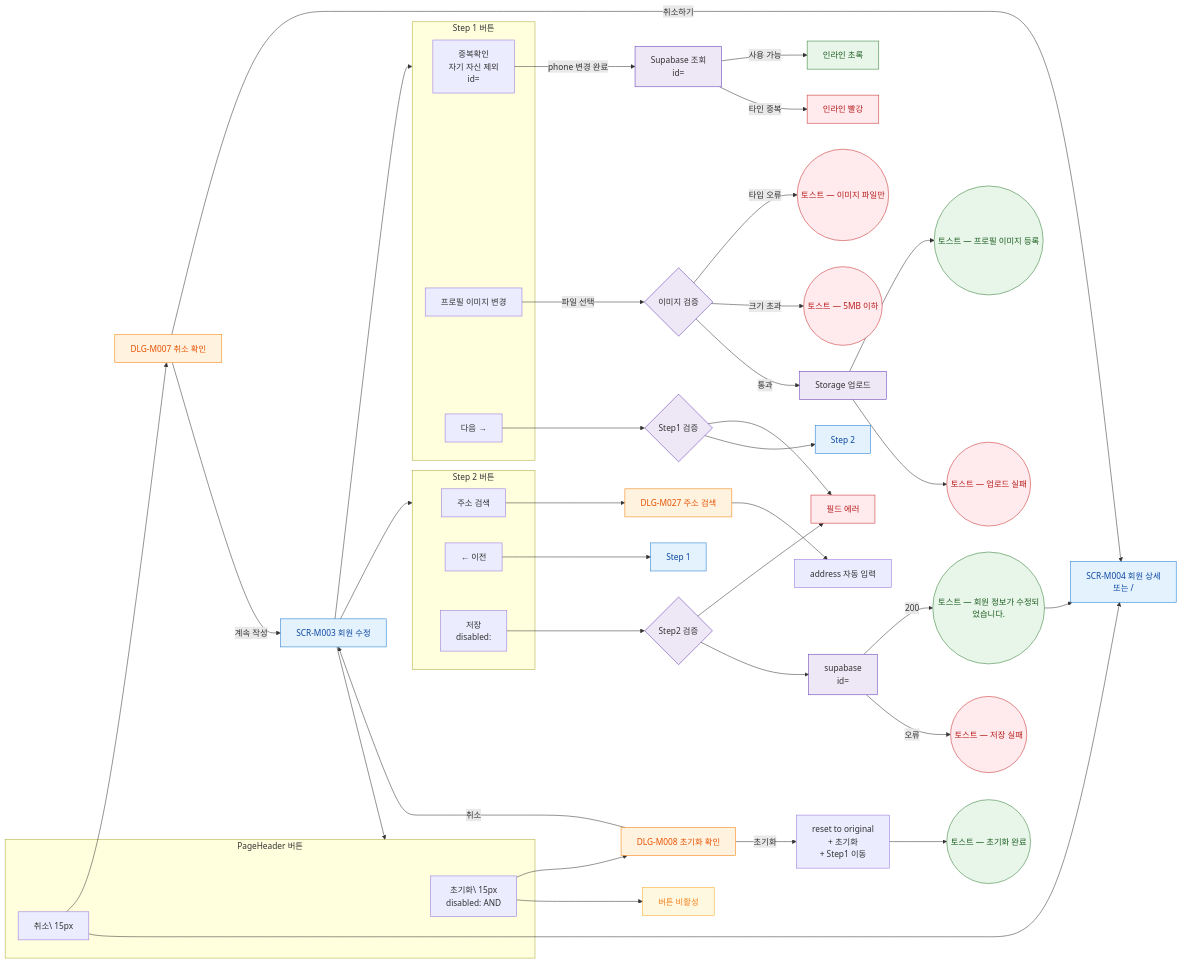
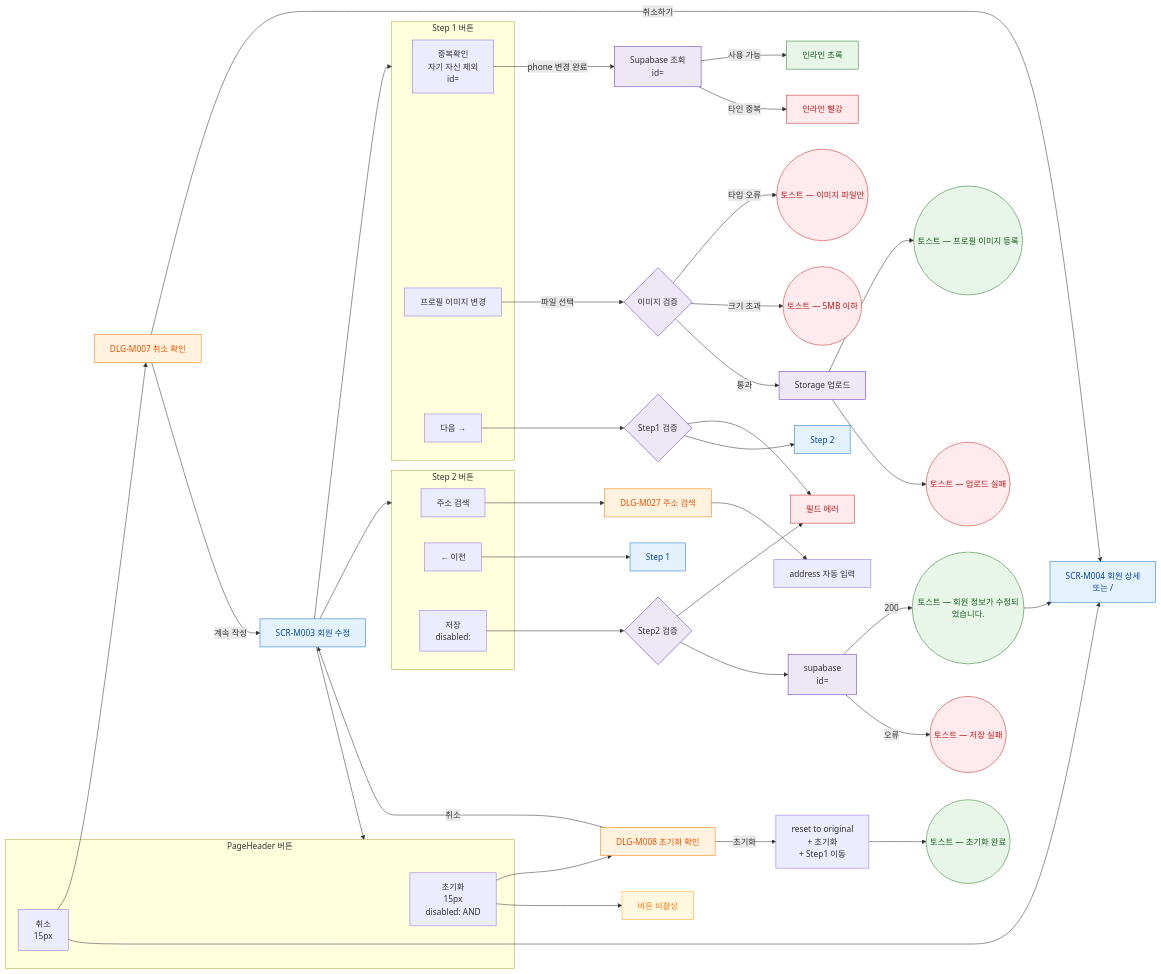
Before and after one commit to dev-spogym/admin-pando: the diagram in docs/admin/다이어그램/D02_회원관리/SCR-M003_회원수정/F3_버튼액션.md, drawn with Mermaid. The commit also changed 369 other files, not shown here.

````diff
--- a/docs/admin/다이어그램/D02_회원관리/SCR-M003_회원수정/F3_버튼액션.md
+++ b/docs/admin/다이어그램/D02_회원관리/SCR-M003_회원수정/F3_버튼액션.md
@@ -20,82 +20,82 @@
 ```mermaid
 flowchart LR
   SCR_M003[SCR-M003 회원 수정]
 
   subgraph HEADER_BTNS [PageHeader 버튼]
-    BTN_RESET[초기화\ 15px\ndisabled: AND]
-    BTN_CANCEL[취소\ 15px]
+    BTN_RESET[초기화<br/> 15px\ndisabled: AND]
+    BTN_CANCEL[취소<br/> 15px]
   end
 
   subgraph STEP1_BTNS [Step 1 버튼]
     BTN_DUP[중복확인\n자기 자신 제외\n id=]
     BTN_IMG[프로필 이미지 변경]
     BTN_NEXT[다음 →]
   end
 
   subgraph STEP2_BTNS [Step 2 버튼]
     BTN_ADDR[주소 검색]
     BTN_PREV[← 이전]
     BTN_SAVE[저장\ndisabled:]
   end
 
   SCR_M003 --> HEADER_BTNS
   SCR_M003 --> STEP1_BTNS
   SCR_M003 --> STEP2_BTNS
 
   BTN_RESET --> DLG_M008[DLG-M008 초기화 확인]
   BTN_RESET --> RESET_DISABLED[버튼 비활성]
   DLG_M008 -->|초기화|FORM_RESET[reset to original\n+ 초기화\n+ Step1 이동]
   DLG_M008 -->|취소|SCR_M003
   FORM_RESET --> TOAST_RESET((토스트 — 초기화 완료))
 
   BTN_CANCEL --> DLG_M007[DLG-M007 취소 확인]
   BTN_CANCEL --> NAV_DETAIL[SCR-M004 회원 상세\n또는 /]
   DLG_M007 -->|취소하기|NAV_DETAIL
   DLG_M007 -->|계속 작성|SCR_M003
 
   BTN_DUP -->|phone 변경 완료|DUP_API[Supabase 조회\n id=]
   DUP_API -->|사용 가능|DUP_PASS[인라인 초록]
   DUP_API -->|타인 중복|DUP_FAIL[인라인 빨강]
 
   BTN_IMG -->|파일 선택|IMG_VALID{이미지 검증}
   IMG_VALID -->|타입 오류|TOAST_IMG_TYPE((토스트 — 이미지 파일만))
   IMG_VALID -->|크기 초과|TOAST_IMG_SIZE((토스트 — 5MB 이하))
   IMG_VALID -->|통과|IMG_UPLOAD[Storage 업로드]
   IMG_UPLOAD --> TOAST_IMG_OK((토스트 — 프로필 이미지 등록))
   IMG_UPLOAD --> TOAST_IMG_ERR((토스트 — 업로드 실패))
 
   BTN_NEXT --> STEP1_VALID{Step1 검증}
   STEP1_VALID --> ERR_FIELDS[필드 에러]
   STEP1_VALID --> STEP2[Step 2]
 
   BTN_ADDR --> DLG_M027[DLG-M027 주소 검색]
   DLG_M027 --> ADDR_FILL[address 자동 입력]
 
   BTN_PREV --> STEP1_BACK[Step 1]
 
   BTN_SAVE --> STEP2_VALID{Step2 검증}
   STEP2_VALID --> ERR_FIELDS
   STEP2_VALID --> API_UPDATE[supabase\n id=]
   API_UPDATE -->|200|TOAST_EDIT_OK((토스트 — 회원 정보가 수정되었습니다.))
   API_UPDATE -->|오류|TOAST_EDIT_ERR((토스트 — 저장 실패))
   TOAST_EDIT_OK --> NAV_DETAIL
 
   classDef screen fill:#E3F2FD,stroke:#1976D2,color:#0D47A1
   classDef modal fill:#FFF3E0,stroke:#F57C00,color:#E65100
   classDef newFeature fill:#F3E5F5,stroke:#9C27B0,stroke-dasharray:5 5
   classDef error fill:#FFEBEE,stroke:#C62828,color:#B71C1C
   classDef success fill:#E8F5E9,stroke:#2E7D32,color:#1B5E20
   classDef warning fill:#FFF8E1,stroke:#F9A825,color:#F57F17
   classDef info fill:#E0F7FA,stroke:#00838F
   classDef system fill:#EDE7F6,stroke:#5E35B2
   classDef external fill:#ECEFF1,stroke:#455A64,stroke-dasharray:3 3
   classDef cron fill:#E0F2F1,stroke:#00695C
   classDef rbacBlocked fill:#F5F5F5,stroke:#9E9E9E,color:#616161
 
   class SCR_M003,STEP2,NAV_DETAIL,STEP1_BACK screen
   class DLG_M007,DLG_M008,DLG_M027 modal
   class DUP_API,IMG_VALID,IMG_UPLOAD,STEP1_VALID,STEP2_VALID,API_UPDATE system
   class DUP_FAIL,ERR_FIELDS,TOAST_IMG_TYPE,TOAST_IMG_SIZE,TOAST_IMG_ERR,TOAST_EDIT_ERR error
   class DUP_PASS,TOAST_IMG_OK,TOAST_RESET,TOAST_EDIT_OK success
   class RESET_DISABLED warning
 ```
````
